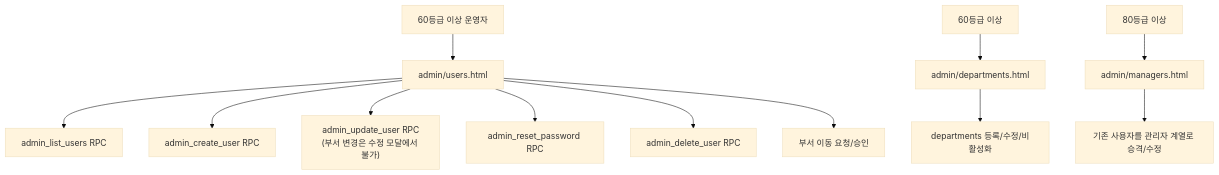
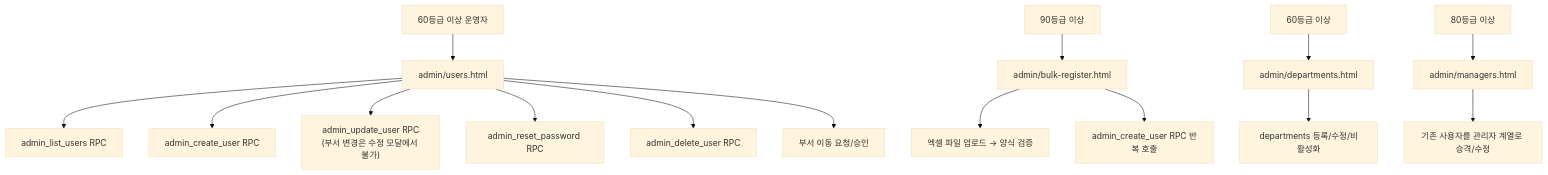
The sixth of 12 diagrams in docs/PROJECT_ARCHITECTURE_FLOW.md (CHO-Talents/CHO-Talents), drawn with Mermaid (base theme) before and after one commit. The commit also changed other lines of this file and 39 other files, not shown here.

Commit message:
v3.39.0: bulk register + log delete protection + dashboard mobile layout

````diff
--- a/docs/PROJECT_ARCHITECTURE_FLOW.md
+++ b/docs/PROJECT_ARCHITECTURE_FLOW.md
@@ -256,16 +256,20 @@
 ```mermaid
 flowchart TD
   Operator["60등급 이상 운영자"] --> Users["admin/users.html"]
   Users --> List["admin_list_users RPC"]
   Users --> Create["admin_create_user RPC"]
   Users --> Update["admin_update_user RPC<br/>(부서 변경은 수정 모달에서 불가)"]
   Users --> Reset["admin_reset_password RPC"]
   Users --> Delete["admin_delete_user RPC"]
   Users --> Transfer["부서 이동 요청/승인"]
 
+  Evangelist["90등급 이상"] --> BulkReg["admin/bulk-register.html"]
+  BulkReg --> ExcelUpload["엑셀 파일 업로드 → 양식 검증"]
+  BulkReg --> BulkCreate["admin_create_user RPC 반복 호출"]
+
   DeptManager["60등급 이상"] --> Departments["admin/departments.html"]
   Departments --> DeptCRUD["departments 등록/수정/비활성화"]
 
   Chief["80등급 이상"] --> Managers["admin/managers.html"]
   Managers --> Promote["기존 사용자를 관리자 계열로 승격/수정"]
 ```
````
